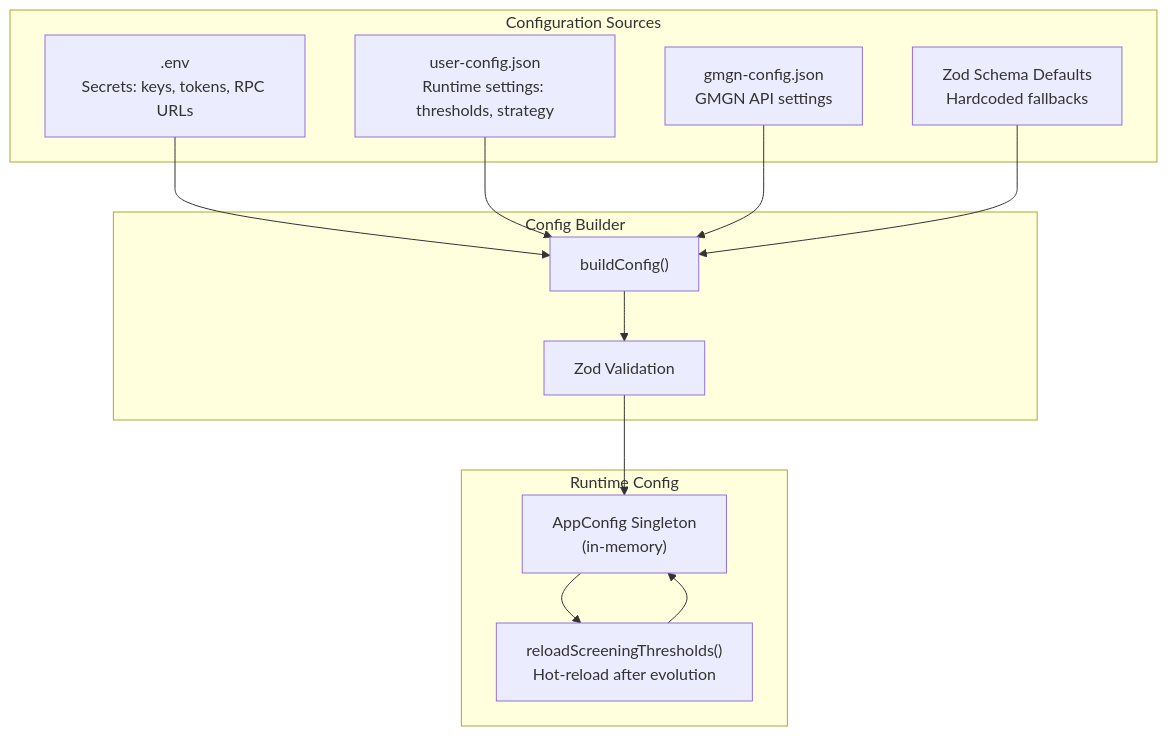
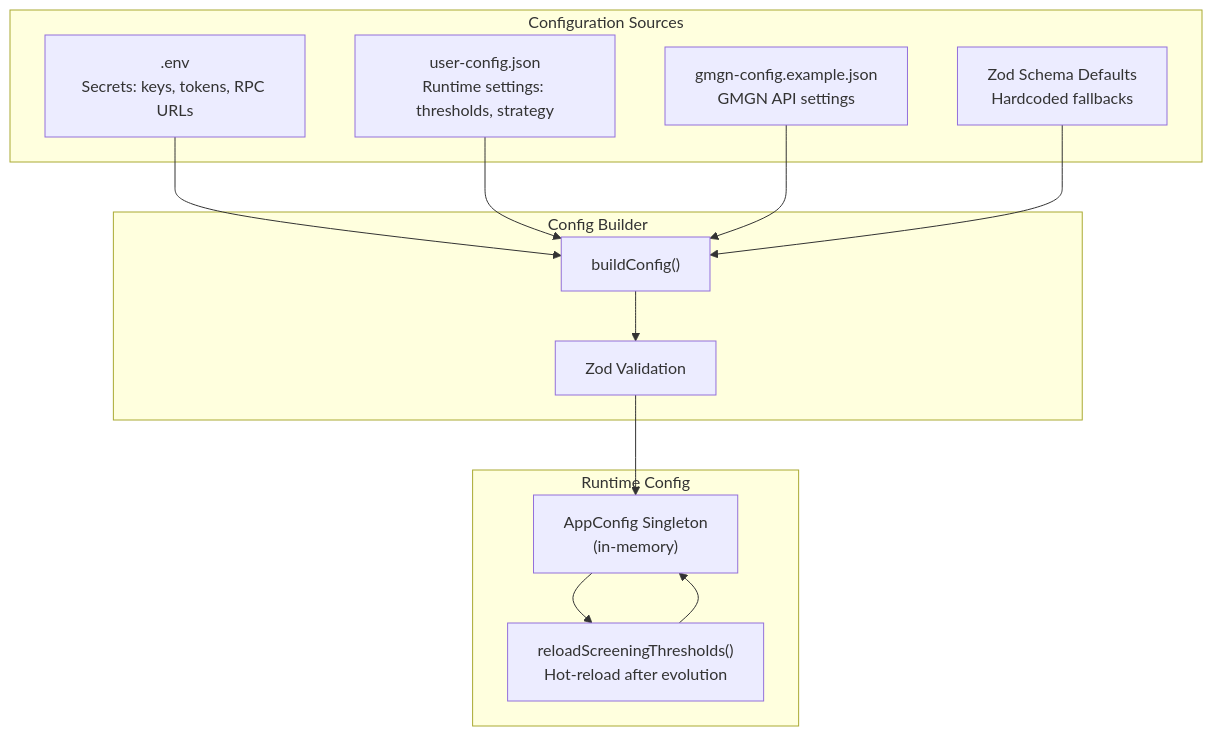
Before and after one commit to romankurnovskii/etemaro: the fourth of 19 diagrams in docs/FULL_FLOW.md, drawn with Mermaid. The commit also changed other lines of this file and 6 other files, not shown here.

````diff
--- a/docs/FULL_FLOW.md
+++ b/docs/FULL_FLOW.md
@@ -224,28 +228,28 @@
 ```mermaid
 graph TD
     subgraph "Configuration Sources"
         ENV[".env<br/>Secrets: keys, tokens, RPC URLs"]
         USER["user-config.json<br/>Runtime settings: thresholds, strategy"]
-        GMGN_CFG["gmgn-config.json<br/>GMGN API settings"]
+        GMGN_CFG["gmgn-config.example.json<br/>GMGN API settings"]
         DEFAULTS["Zod Schema Defaults<br/>Hardcoded fallbacks"]
     end
 
     subgraph "Config Builder"
         MERGE["buildConfig()"]
         ZOD_VALIDATE["Zod Validation"]
     end
 
     subgraph "Runtime Config"
         APP_CFG["AppConfig Singleton<br/>(in-memory)"]
         RELOAD["reloadScreeningThresholds()<br/>Hot-reload after evolution"]
     end
 
     ENV --> MERGE
     USER --> MERGE
     GMGN_CFG --> MERGE
     DEFAULTS --> MERGE
     MERGE --> ZOD_VALIDATE
     ZOD_VALIDATE --> APP_CFG
     APP_CFG --> RELOAD
     RELOAD --> APP_CFG
 ```
````
